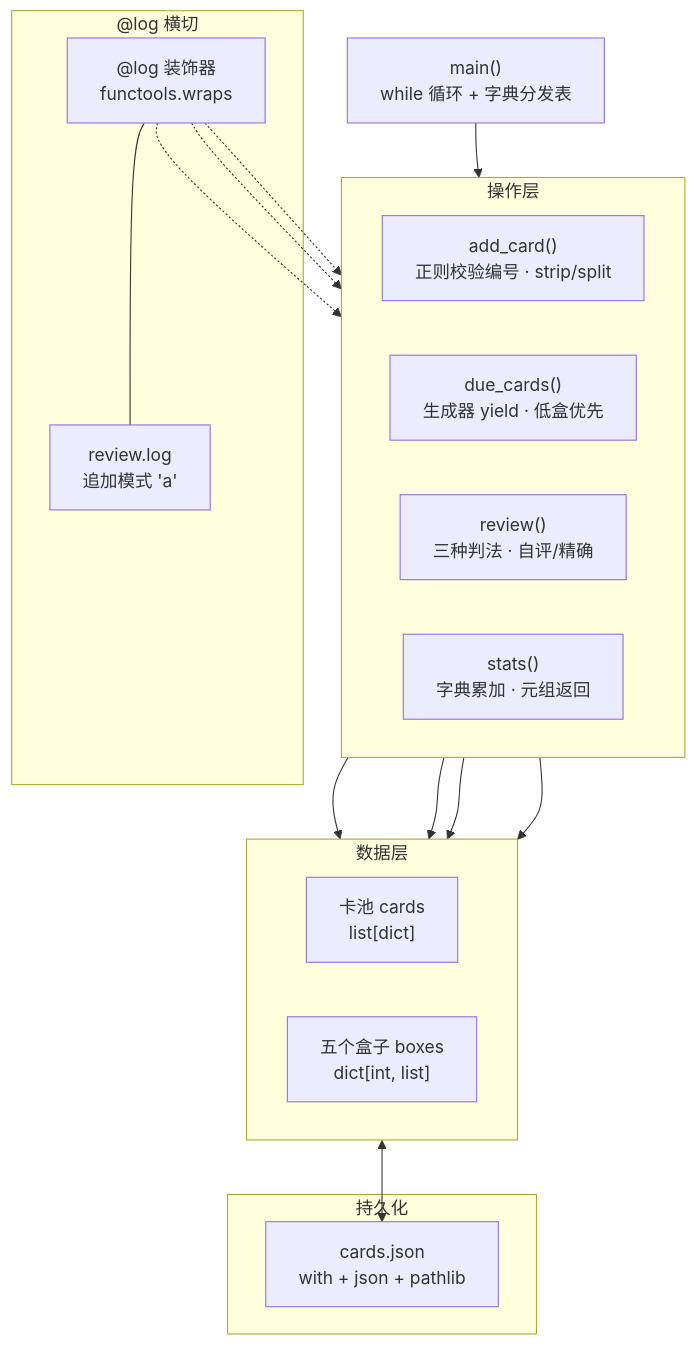
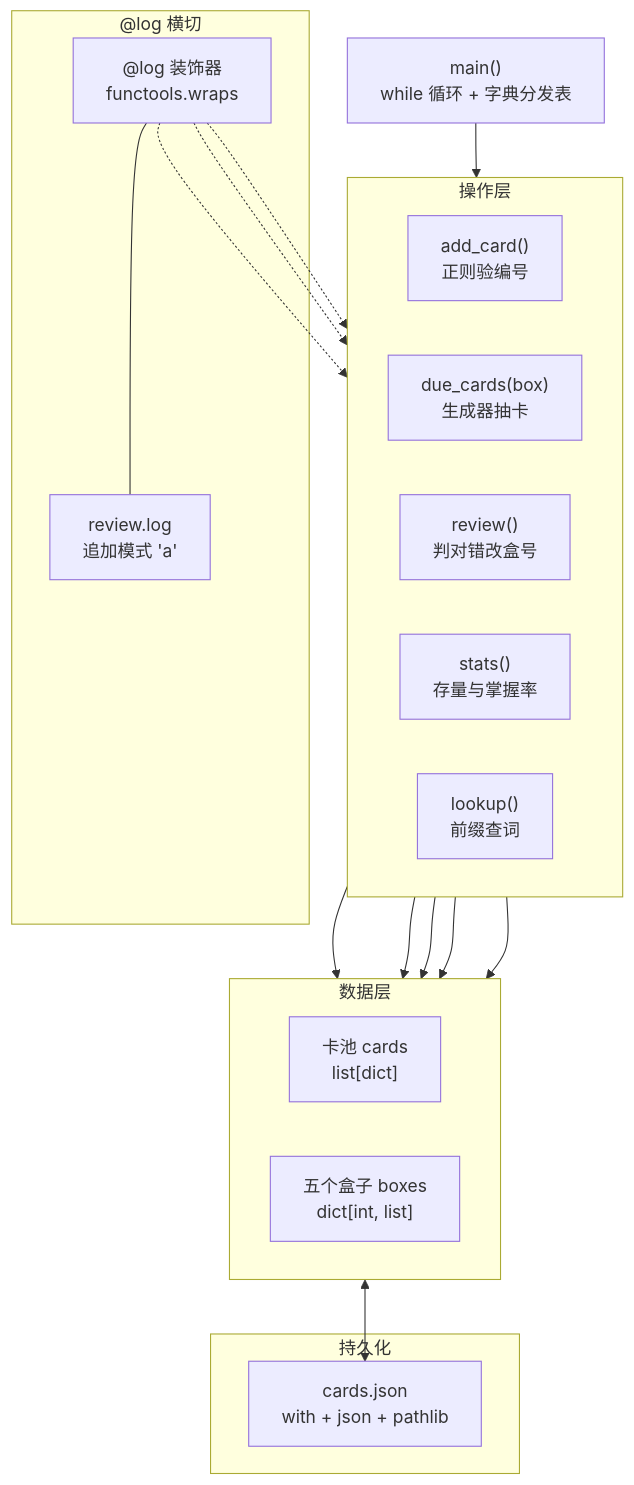
The diagram in content/posts/programming/python-flashcards.md (wzg-ui/blog), drawn with Mermaid before and after one commit. The commit also changed other lines of this file, not shown here.

Commit message:
卡片盒：复习可选盒并印盒号，新增查词功能（前缀匹配释义+盒号），架构图加 lookup 节点

````diff
--- a/content/posts/programming/python-flashcards.md
+++ b/content/posts/programming/python-flashcards.md
@@ -95,33 +111,35 @@
 ```mermaid
 flowchart TB
     M["main()<br/>while 循环 + 字典分发表"]
     M --> op
     subgraph op["操作层"]
         direction LR
-        A["add_card()<br/>正则校验编号 · strip/split"]
-        D["due_cards()<br/>生成器 yield · 低盒优先"]
-        R["review()<br/>三种判法 · 自评/精确"]
-        S["stats()<br/>字典累加 · 元组返回"]
+        A["add_card()<br/>正则验编号"]
+        D["due_cards(box)<br/>生成器抽卡"]
+        R["review()<br/>判对错改盒号"]
+        S["stats()<br/>存量与掌握率"]
+        Q["lookup()<br/>前缀查词"]
     end
     A --> P
     D --> B
     R --> B
     S --> B
+    Q --> P
     subgraph data["数据层"]
         direction LR
         P["卡池 cards<br/>list[dict]"]
         B["五个盒子 boxes<br/>dict[int, list]"]
     end
     P <--> J
     subgraph store["持久化"]
         J["cards.json<br/>with + json + pathlib"]
     end
     subgraph cross["@log 横切"]
         X["@log 装饰器<br/>functools.wraps"]
         L["review.log<br/>追加模式 'a'"]
         X --- L
     end
     X -.-> A
     X -.-> R
     X -.-> S
 ```
````
